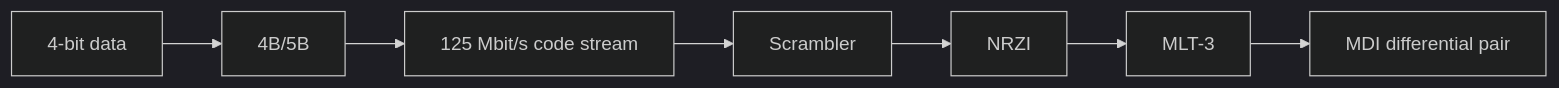
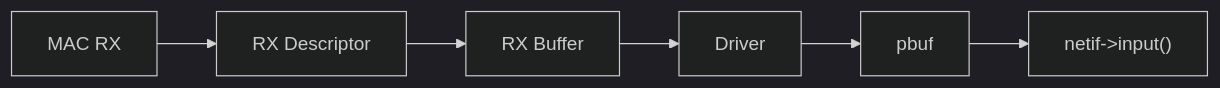
The fourth of 7 diagrams in docs/00-ethernet-physical-layer-and-network-stack.md (wdfk-prog/lwIP-Source-Lab), drawn with Mermaid (dark theme) before and after one commit. The commit also changed other lines of this file and 49 other files, not shown here.

````diff
--- a/docs/00-ethernet-physical-layer-and-network-stack.md
+++ b/docs/00-ethernet-physical-layer-and-network-stack.md
@@ -167,9 +136,8 @@
 ```mermaid
 flowchart LR
-    A["4-bit data"] --> B["4B/5B"]
-    B --> C["125 Mbit/s code stream"]
-    C --> D["Scrambler"]
-    D --> E["NRZI"]
-    E --> F["MLT-3"]
-    F --> G["MDI differential pair"]
+    A["MAC RX"] --> B["RX Descriptor"]
+    B --> C["RX Buffer"]
+    C --> D["Driver"]
+    D --> E["pbuf"]
+    E --> F["netif->input()"]
 ```
````
